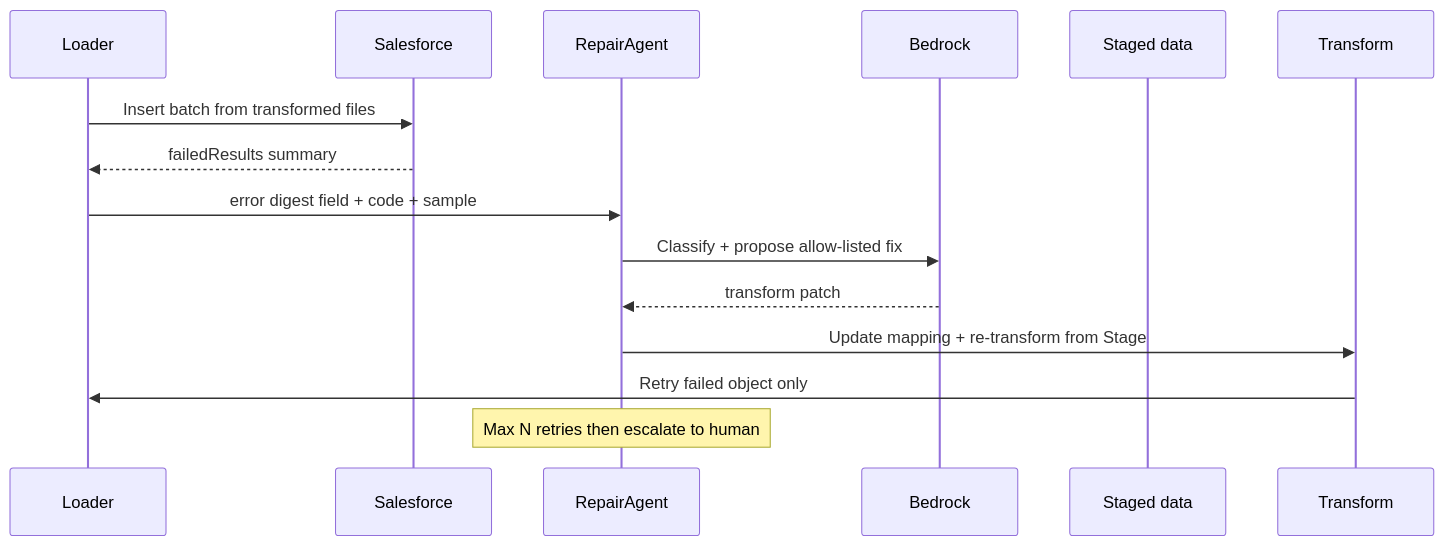
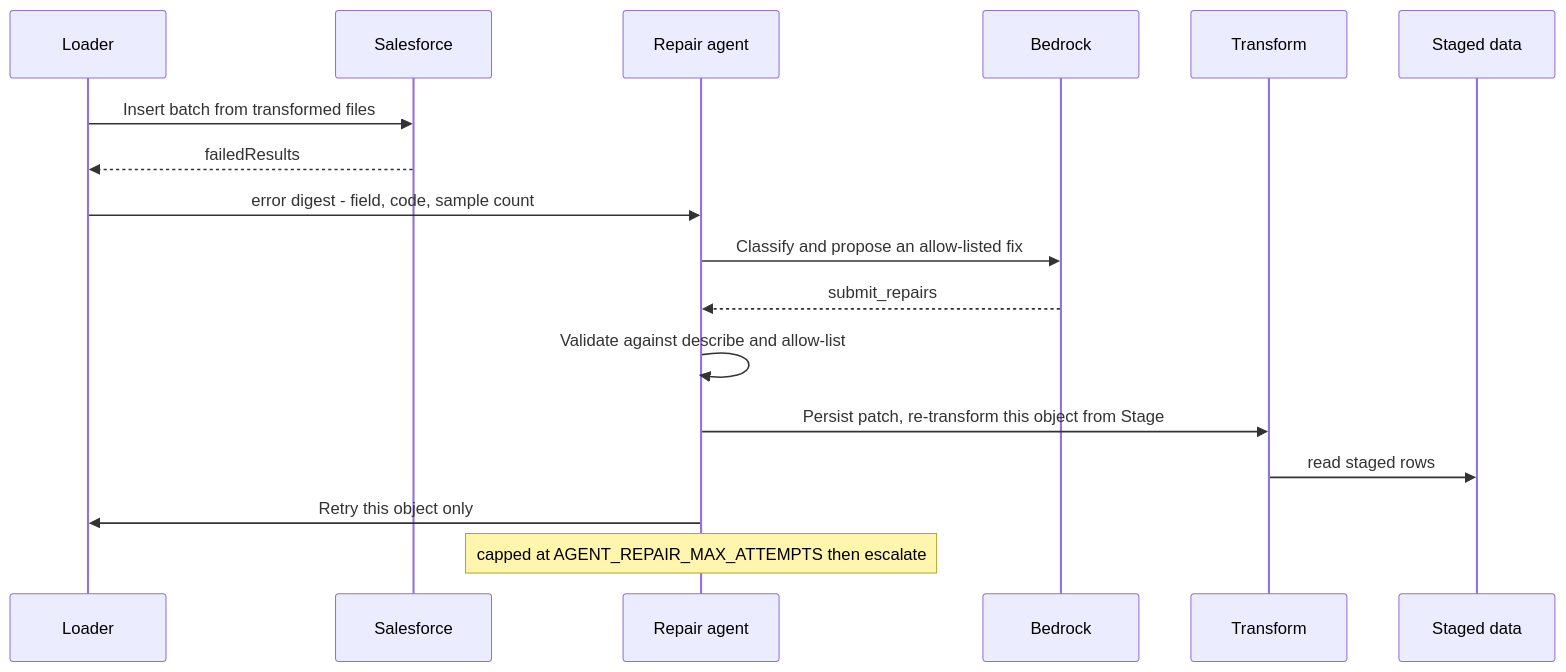
Before and after one commit to shahid-rawther/SF-Data-Migration-LLM: the fifth of 10 diagrams in docs/ARCHITECTURE.md, drawn with Mermaid. The commit also changed other lines of this file and 76 other files, not shown here.

````diff
--- a/docs/ARCHITECTURE.md
+++ b/docs/ARCHITECTURE.md
@@ -201,18 +360,20 @@
 ```mermaid
 sequenceDiagram
-  participant Load as Loader
+  participant Ld as Loader
   participant SF as Salesforce
-  participant Repair as RepairAgent
+  participant Rep as Repair agent
   participant BR as Bedrock
+  participant Xf as Transform
   participant Stage as Staged data
-  participant T as Transform
 
-  Load->>SF: Insert batch from transformed files
-  SF-->>Load: failedResults summary
-  Load->>Repair: error digest field + code + sample
-  Repair->>BR: Classify + propose allow-listed fix
-  BR-->>Repair: transform patch
-  Repair->>T: Update mapping + re-transform from Stage
-  T->>Load: Retry failed object only
-  Note over Repair: Max N retries then escalate to human
+  Ld->>SF: Insert batch from transformed files
+  SF-->>Ld: failedResults
+  Ld->>Rep: error digest - field, code, sample count
+  Rep->>BR: Classify and propose an allow-listed fix
+  BR-->>Rep: submit_repairs
+  Rep->>Rep: Validate against describe and allow-list
+  Rep->>Xf: Persist patch, re-transform this object from Stage
+  Xf->>Stage: read staged rows
+  Rep->>Ld: Retry this object only
+  Note over Rep: capped at AGENT_REPAIR_MAX_ATTEMPTS then escalate
 ```
````
